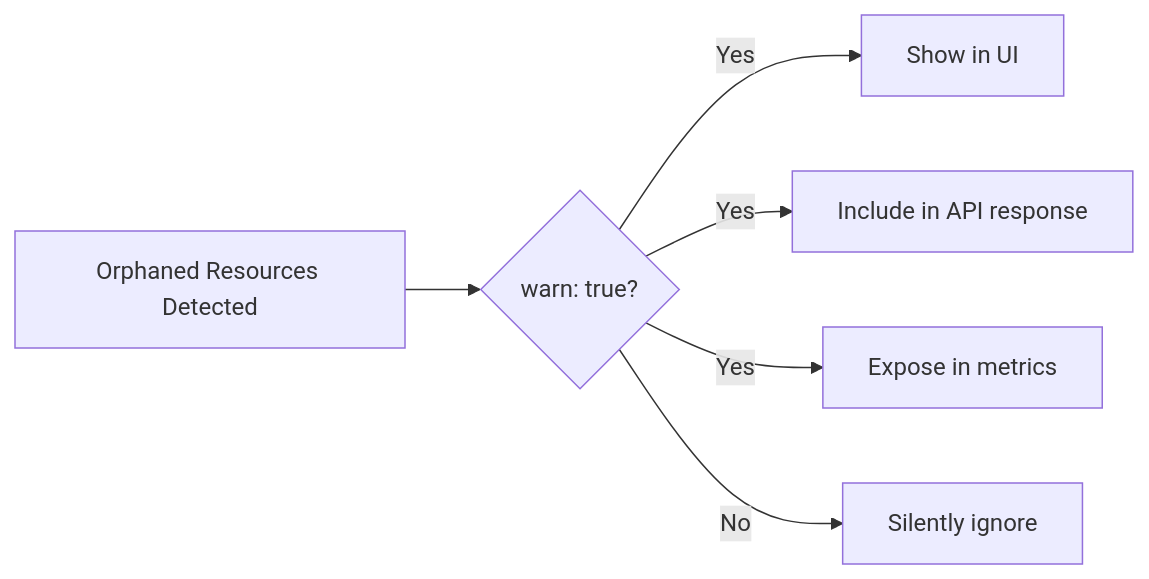
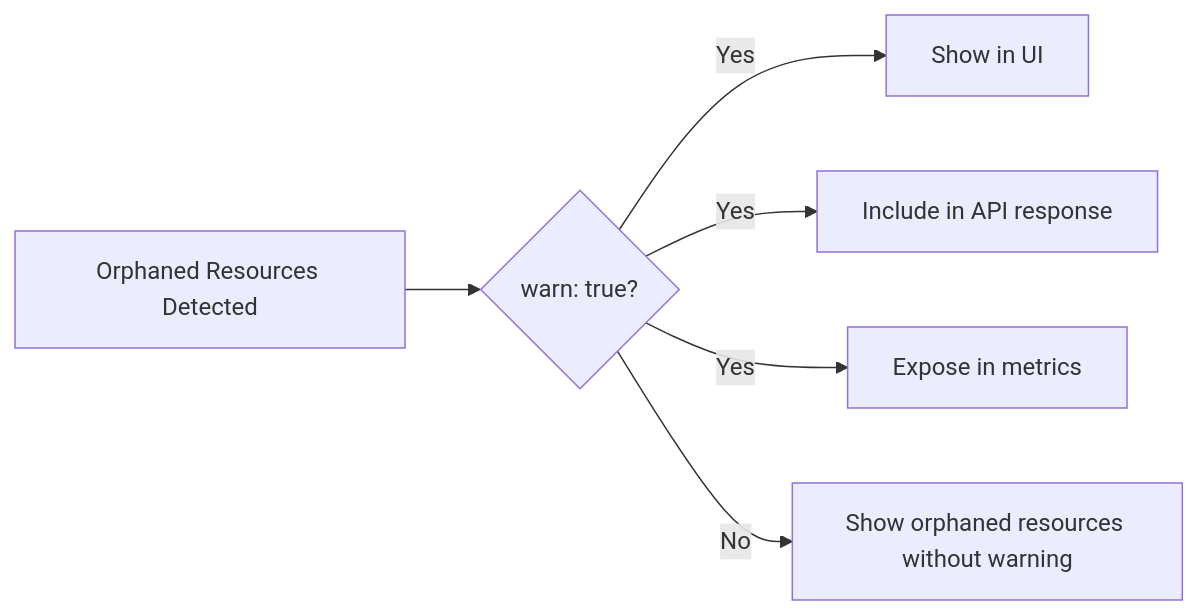
One commit to OneUptime/blog changed the first of 2 diagrams in posts/2026-02-26-argocd-orphaned-resource-warnings/README.md. Above: the diagram before and after it, drawn with Mermaid. The commit also changed other lines of this file and 2 other files, not shown here.

Commit message:
validate: 2026-02-26-argocd-orphaned-resource-warnings

````diff
--- a/posts/2026-02-26-argocd-orphaned-resource-warnings/README.md
+++ b/posts/2026-02-26-argocd-orphaned-resource-warnings/README.md
@@ -39,8 +39,8 @@
 ```mermaid
 flowchart LR
     A[Orphaned Resources Detected] --> B{warn: true?}
     B -->|Yes| C[Show in UI]
     B -->|Yes| D[Include in API response]
     B -->|Yes| E[Expose in metrics]
-    B -->|No| F[Silently ignore]
+    B -->|No| F[Show orphaned resources without warning]
 ```
````
